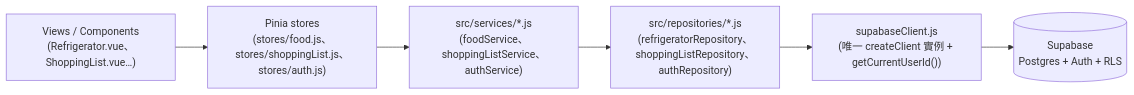
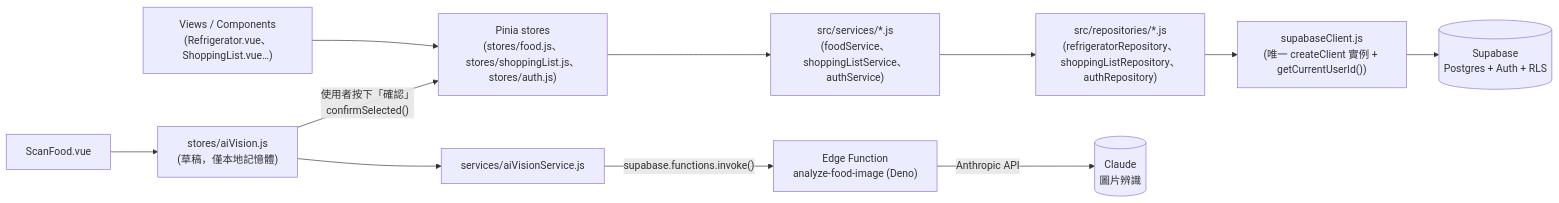
The second of 2 diagrams in documents/database.md (jamieyu0914/my-refrigerator), drawn with Mermaid before and after one commit. The commit also changed other lines of this file and 3 other files, not shown here.

````diff
--- a/documents/database.md
+++ b/documents/database.md
@@ -141,8 +146,14 @@
 ```mermaid
 flowchart LR
     V["Views / Components\n(Refrigerator.vue、ShoppingList.vue…)"] --> S["Pinia stores\n(stores/food.js、stores/shoppingList.js、stores/auth.js)"]
     S --> SV["src/services/*.js\n(foodService、shoppingListService、authService)"]
     SV --> R["src/repositories/*.js\n(refrigeratorRepository、shoppingListRepository、authRepository)"]
     R --> C["supabaseClient.js\n(唯一 createClient 實例 + getCurrentUserId())"]
     C --> DB[("Supabase\nPostgres + Auth + RLS")]
+
+    SF["ScanFood.vue"] --> AVS["stores/aiVision.js\n(草稿，僅本地記憶體)"]
+    AVS --> AVSV["services/aiVisionService.js"]
+    AVSV -- "supabase.functions.invoke()" --> EF["Edge Function\nanalyze-food-image (Deno)"]
+    EF -- "Anthropic API" --> AI[("Claude\n圖片辨識")]
+    AVS -- "使用者按下「確認」\nconfirmSelected()" --> S
 ```
````
